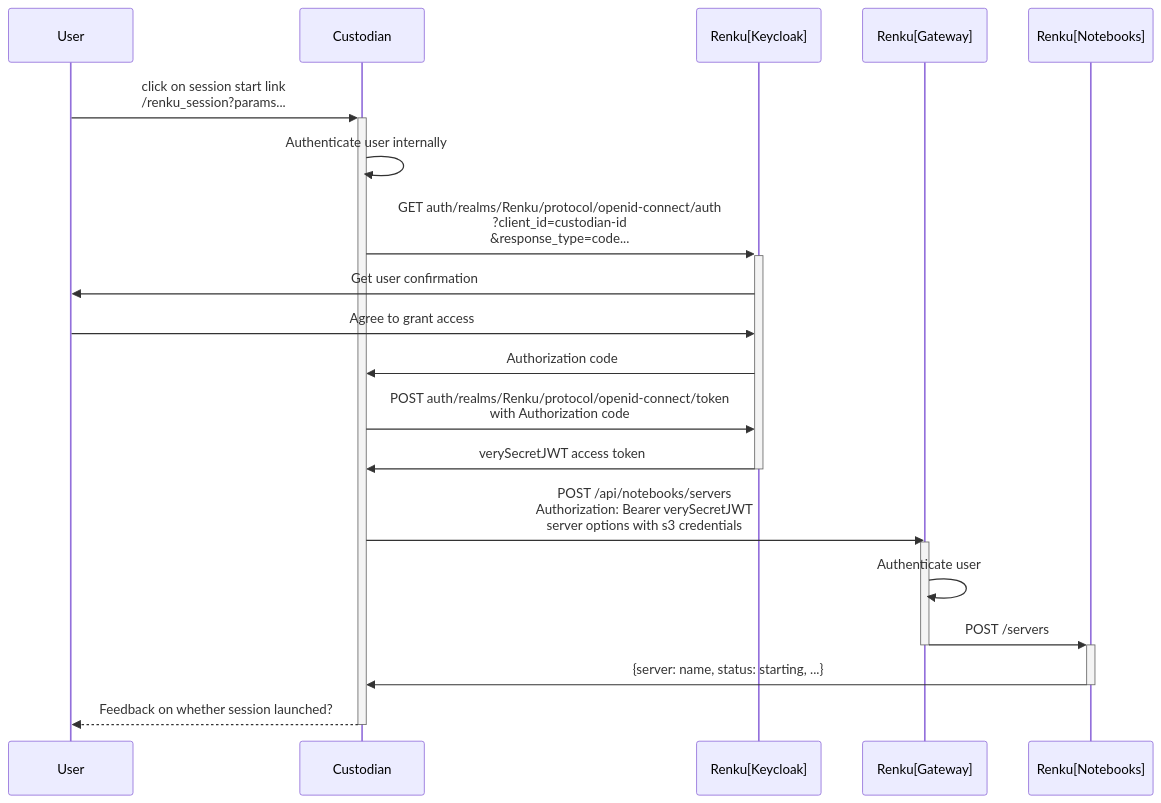
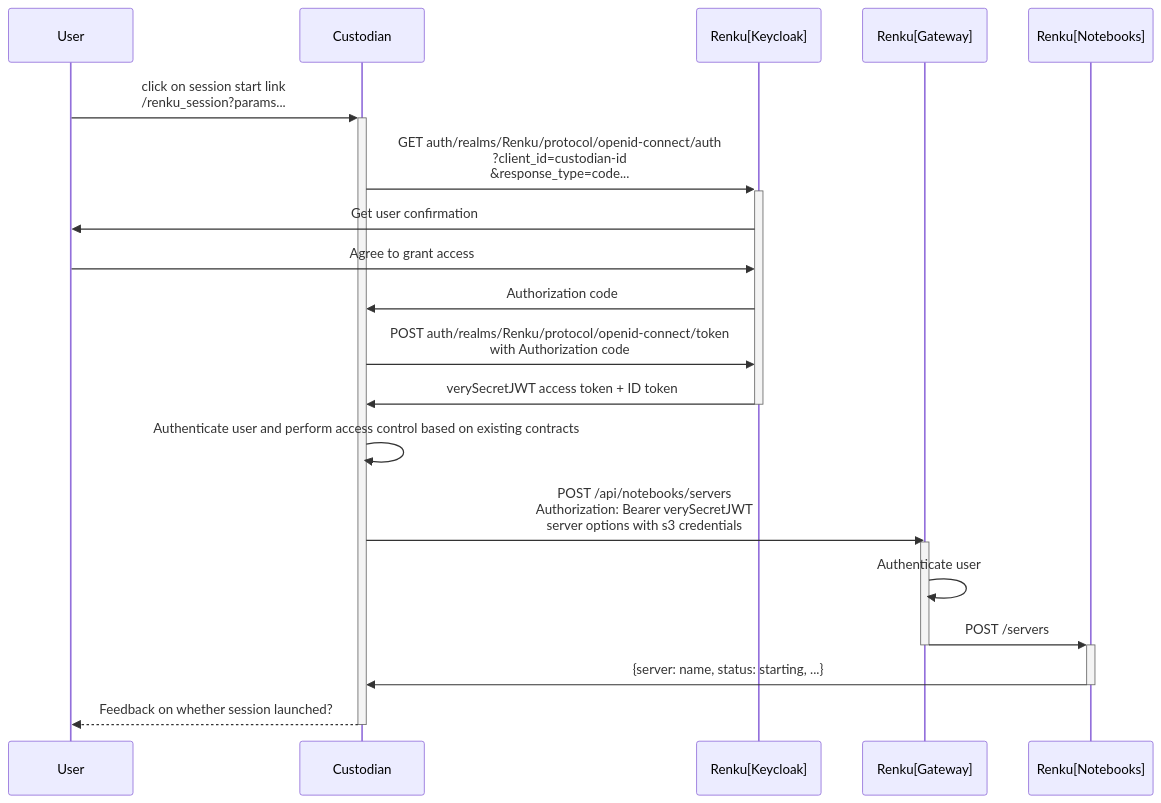
The diagram in design/005-custodian-s3-credentials/005-custodian-s3-credentials.md (SwissDataScienceCenter/renku-design-docs), drawn with Mermaid before and after one commit.

Commit message:
Update sequence flow diagram
Add information to the sequence diagram to better explain how the Custodian authenticates users.

````diff
--- a/design/005-custodian-s3-credentials/005-custodian-s3-credentials.md
+++ b/design/005-custodian-s3-credentials/005-custodian-s3-credentials.md
@@ -28,23 +28,23 @@
 ```mermaid
     sequenceDiagram
         participant User
         participant Custodian
         participant Renku[Keycloak]
         participant Renku[Gateway]
         participant Renku[Notebooks]
         User->>+Custodian: click on session start link<br>/renku_session?params...
-        Custodian->>Custodian: Authenticate user internally
         Custodian->>+Renku[Keycloak]: GET auth/realms/Renku/protocol/openid-connect/auth<br>?client_id=custodian-id<br>&response_type=code...
         Renku[Keycloak]->>User: Get user confirmation
         User->>Renku[Keycloak]: Agree to grant access
         Renku[Keycloak]->>Custodian: Authorization code
         Custodian->>Renku[Keycloak]: POST auth/realms/Renku/protocol/openid-connect/token<br>with Authorization code
-        Renku[Keycloak]->>-Custodian: verySecretJWT access token
+        Renku[Keycloak]->>-Custodian: verySecretJWT access token + ID token
+        Custodian->>Custodian: Authenticate user and perform access control based on existing contracts
         Custodian->>Renku[Gateway]: POST /api/notebooks/servers<br>Authorization: Bearer verySecretJWT<br>server options with s3 credentials
         activate Renku[Gateway]
         Renku[Gateway]->>Renku[Gateway]: Authenticate user
         Renku[Gateway]->>+Renku[Notebooks]: POST /servers
         deactivate Renku[Gateway]
         Renku[Notebooks]->>-Custodian: {server: name, status: starting, ...}
         Custodian-->>-User: Feedback on whether session launched?
 ```
````
